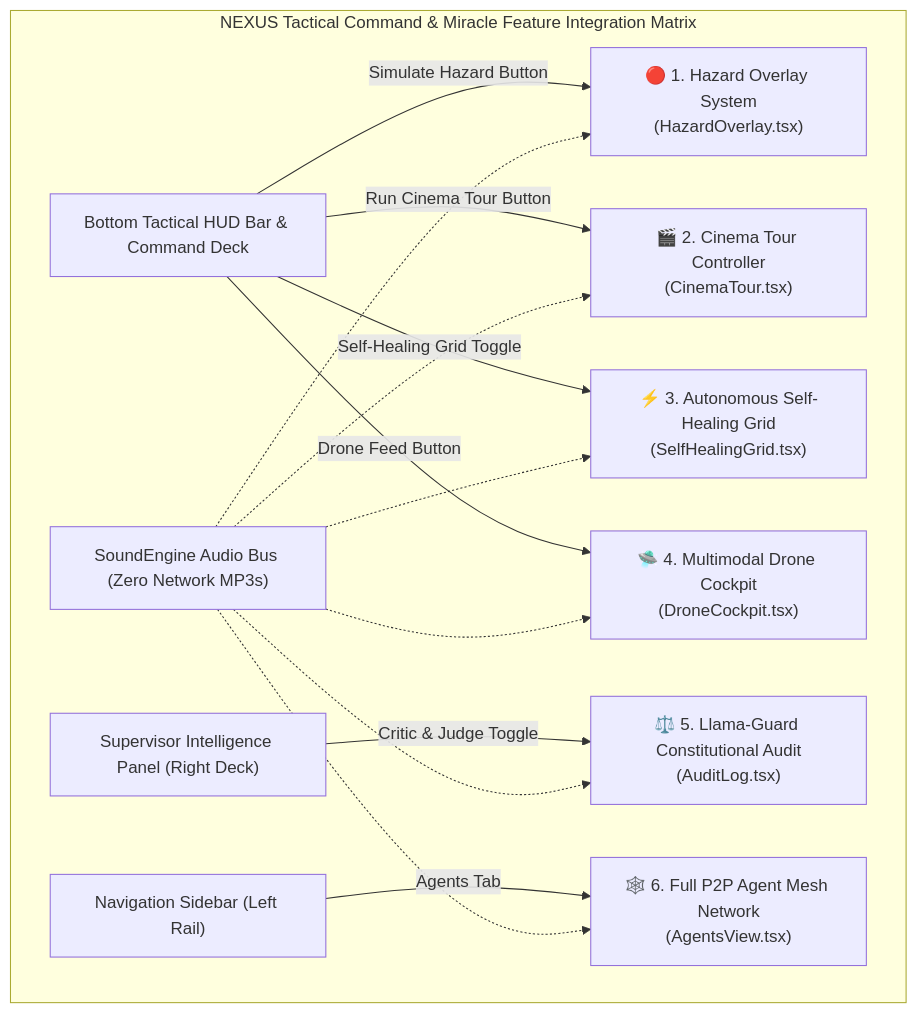
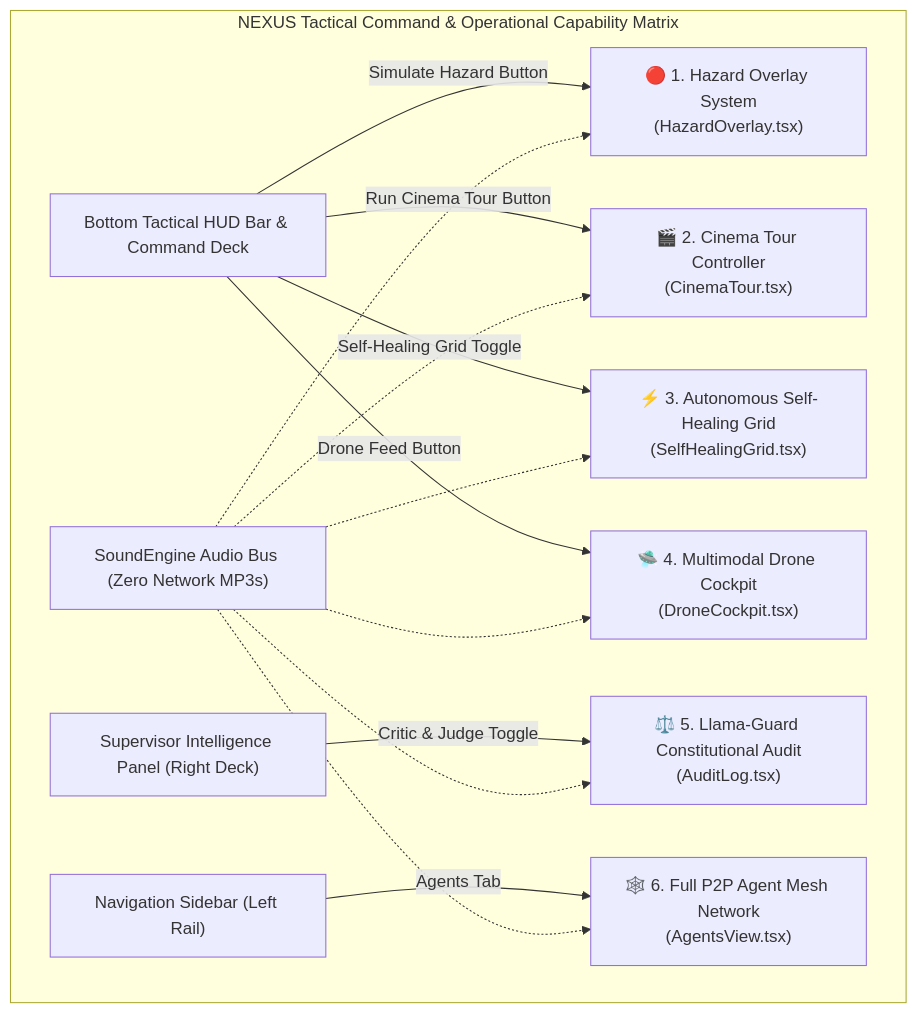
Before and after one commit to hailemichaeltesfsye-hue/-nexus-the-living-city: the sixth of 13 diagrams in README.md, drawn with Mermaid. The commit also changed other lines of this file and 4 other files, not shown here.

````diff
--- a/README.md
+++ b/README.md
@@ -403,24 +404,24 @@
 ```mermaid
 graph TD
-    subgraph OVERVIEW["NEXUS Tactical Command & Miracle Feature Integration Matrix"]
+    subgraph OVERVIEW["NEXUS Tactical Command & Operational Capability Matrix"]
         HUD["Bottom Tactical HUD Bar & Command Deck"]
         HUD -->|"Simulate Hazard Button"| HAZARD["🔴 1. Hazard Overlay System<br/>(HazardOverlay.tsx)"]
         HUD -->|"Run Cinema Tour Button"| CINEMA["🎬 2. Cinema Tour Controller<br/>(CinemaTour.tsx)"]
         HUD -->|"Self-Healing Grid Toggle"| HEAL["⚡ 3. Autonomous Self-Healing Grid<br/>(SelfHealingGrid.tsx)"]
         HUD -->|"Drone Feed Button"| DRONE["🛸 4. Multimodal Drone Cockpit<br/>(DroneCockpit.tsx)"]
         
         PANEL["Supervisor Intelligence Panel (Right Deck)"]
         PANEL -->|"Critic & Judge Toggle"| AUDIT["⚖️ 5. Llama-Guard Constitutional Audit<br/>(AuditLog.tsx)"]
         
         NAV["Navigation Sidebar (Left Rail)"]
         NAV -->|"Agents Tab"| MESH["🕸️ 6. Full P2P Agent Mesh Network<br/>(AgentsView.tsx)"]
         
         SOUND["SoundEngine Audio Bus (Zero Network MP3s)"]
         SOUND -.-> HAZARD
         SOUND -.-> CINEMA
         SOUND -.-> HEAL
         SOUND -.-> DRONE
         SOUND -.-> AUDIT
         SOUND -.-> MESH
     end
 ```
````
